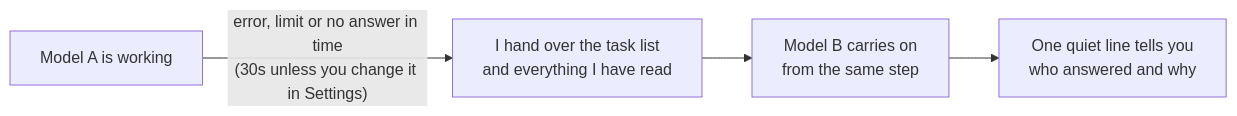
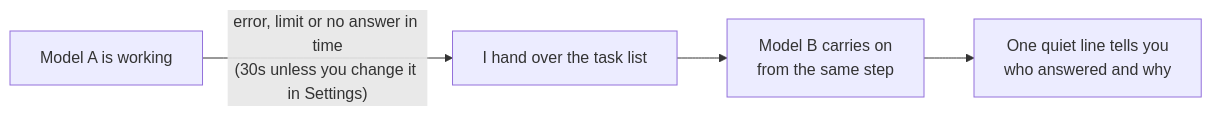
Before and after one commit to AnfalHaider/bunny-ai: the second of 3 diagrams in README.md, drawn with Mermaid. The commit also changed other lines of this file, not shown here.

Commit message:
README: apply Librarian's corrections (read up to three, no unverified browser or fallback claims, v0.1.14 wording)

````diff
--- a/README.md
+++ b/README.md
@@ -178,6 +177,6 @@
 ```mermaid
 flowchart LR
-    M1["Model A is working"] -->|"error, limit or no answer in time<br/>(30s unless you change it in Settings)"| H["I hand over the task list<br/>and everything I have read"]
+    M1["Model A is working"] -->|"error, limit or no answer in time<br/>(30s unless you change it in Settings)"| H["I hand over the task list"]
     H --> M2["Model B carries on<br/>from the same step"]
     M2 --> R["One quiet line tells you<br/>who answered and why"]
 ```
````
